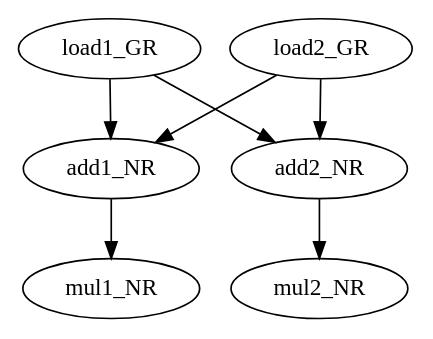
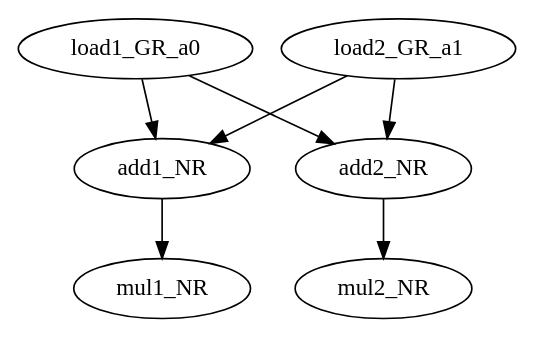
Before and after one commit to PPG11/DFG_II_calculate: the diagram in test.dot, drawn with Graphviz. The commit also changed 16 other files, not shown here.

```diff
--- a/test.dot
+++ b/test.dot
@@ -1,8 +1,8 @@
 digraph a {
-    load1_GR -> add1_NR
-    load2_GR -> add1_NR
-    load1_GR -> add2_NR
-    load2_GR -> add2_NR
+    load1_GR_a0 -> add1_NR
+    load2_GR_a1 -> add1_NR
+    load1_GR_a0 -> add2_NR
+    load2_GR_a1 -> add2_NR
     add1_NR -> mul1_NR
     add2_NR -> mul2_NR
 }
```
